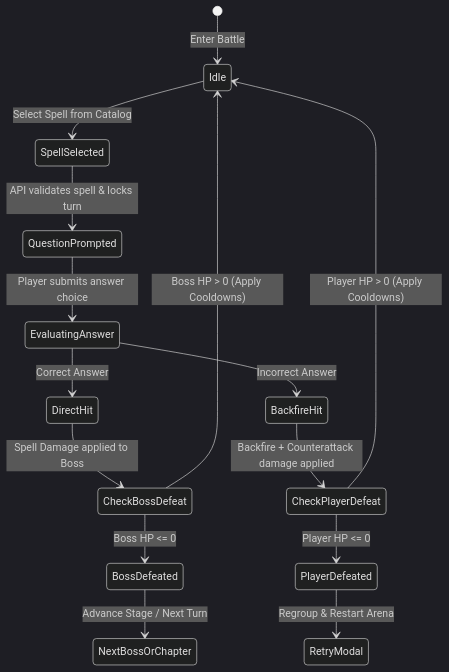
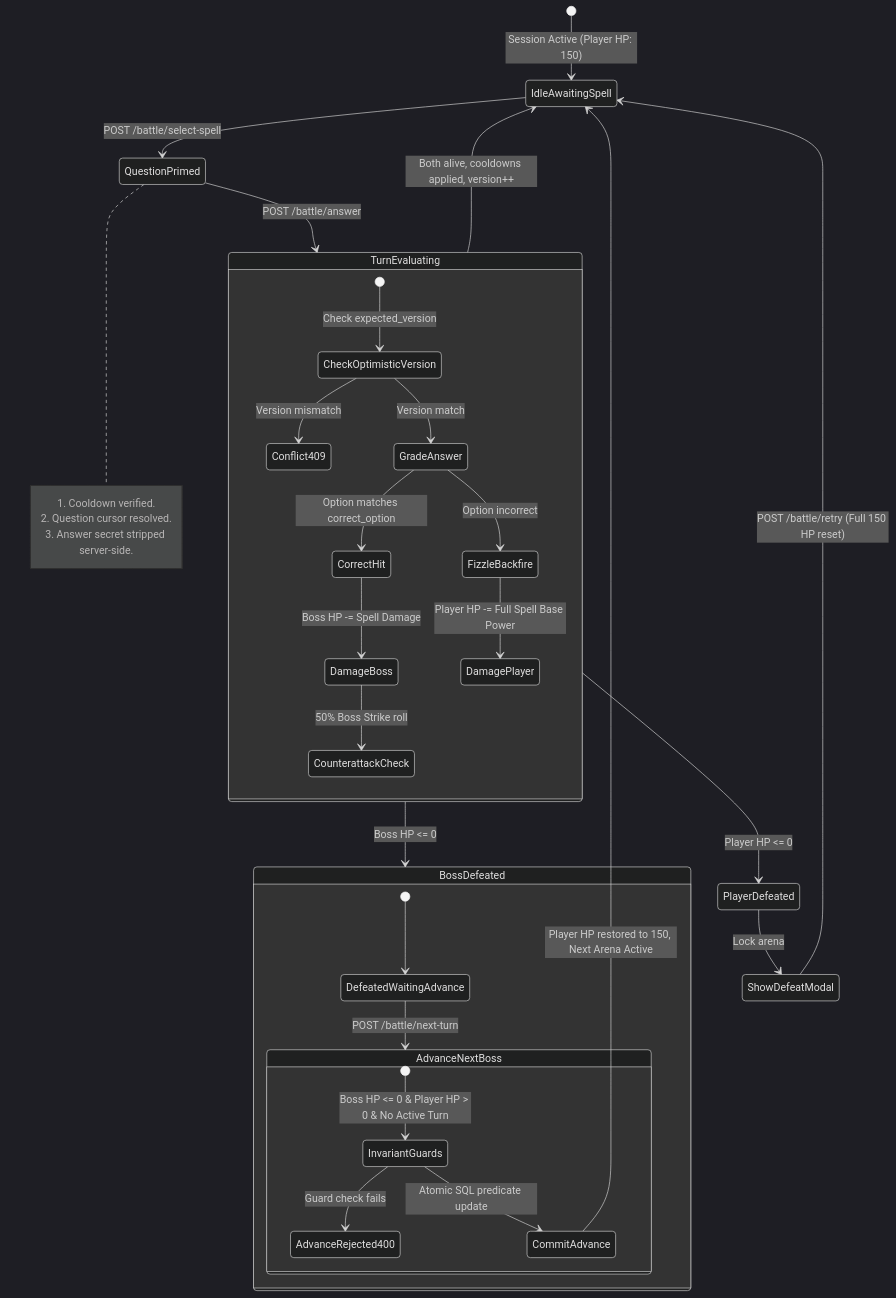
Before and after one commit to DKxi/OrganicBattlesProductionUpgrade: the second of 5 diagrams in cookbook.md, drawn with Mermaid (dark theme). The commit also changed other lines of this file, not shown here.

Commit message:
docs: modernize and expand cookbook.md with complete architecture, invariant guards, diagrams, and operational constraints

````diff
--- a/cookbook.md
+++ b/cookbook.md
@@ -118,17 +176,42 @@
 ```mermaid
 stateDiagram-v2
-    [*] --> Idle: Enter Battle
-    Idle --> SpellSelected: Select Spell from Catalog
-    SpellSelected --> QuestionPrompted: API validates spell & locks turn
-    QuestionPrompted --> EvaluatingAnswer: Player submits answer choice
-    EvaluatingAnswer --> DirectHit: Correct Answer
-    EvaluatingAnswer --> BackfireHit: Incorrect Answer
-    DirectHit --> CheckBossDefeat: Spell Damage applied to Boss
-    BackfireHit --> CheckPlayerDefeat: Backfire + Counterattack damage applied
-    CheckBossDefeat --> BossDefeated: Boss HP <= 0
-    CheckBossDefeat --> Idle: Boss HP > 0 (Apply Cooldowns)
-    CheckPlayerDefeat --> PlayerDefeated: Player HP <= 0
-    CheckPlayerDefeat --> Idle: Player HP > 0 (Apply Cooldowns)
-    BossDefeated --> NextBossOrChapter: Advance Stage / Next Turn
-    PlayerDefeated --> RetryModal: Regroup & Restart Arena
+    [*] --> IdleAwaitingSpell: Session Active (Player HP: 150)
+
+    IdleAwaitingSpell --> QuestionPrimed: POST /battle/select-spell
+    note right of QuestionPrimed: 1. Cooldown verified.<br/>2. Question cursor resolved.<br/>3. Answer secret stripped server-side.
+
+    QuestionPrimed --> TurnEvaluating: POST /battle/answer
+    
+    state TurnEvaluating {
+        [*] --> CheckOptimisticVersion: Check expected_version
+        CheckOptimisticVersion --> Conflict409: Version mismatch
+        CheckOptimisticVersion --> GradeAnswer: Version match
+        
+        GradeAnswer --> CorrectHit: Option matches correct_option
+        GradeAnswer --> FizzleBackfire: Option incorrect
+        
+        CorrectHit --> DamageBoss: Boss HP -= Spell Damage
+        DamageBoss --> CounterattackCheck: 50% Boss Strike roll
+        
+        FizzleBackfire --> DamagePlayer: Player HP -= Full Spell Base Power
+    }
+
+    TurnEvaluating --> BossDefeated: Boss HP <= 0
+    TurnEvaluating --> PlayerDefeated: Player HP <= 0
+    TurnEvaluating --> IdleAwaitingSpell: Both alive, cooldowns applied, version++
+
+    state BossDefeated {
+        [*] --> DefeatedWaitingAdvance
+        DefeatedWaitingAdvance --> AdvanceNextBoss: POST /battle/next-turn
+    }
+
+    state AdvanceNextBoss {
+        [*] --> InvariantGuards: Boss HP <= 0 & Player HP > 0 & No Active Turn
+        InvariantGuards --> AdvanceRejected400: Guard check fails
+        InvariantGuards --> CommitAdvance: Atomic SQL predicate update
+    }
+
+    CommitAdvance --> IdleAwaitingSpell: Player HP restored to 150, Next Arena Active
+    PlayerDefeated --> ShowDefeatModal: Lock arena
+    ShowDefeatModal --> IdleAwaitingSpell: POST /battle/retry (Full 150 HP reset)
 ```
````
